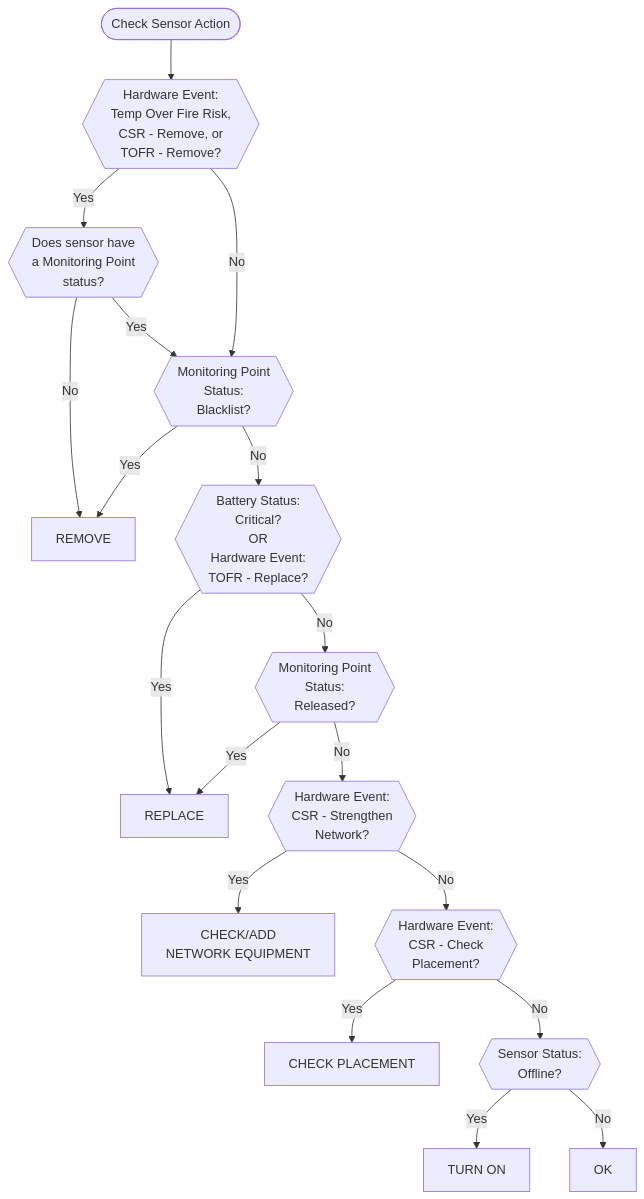
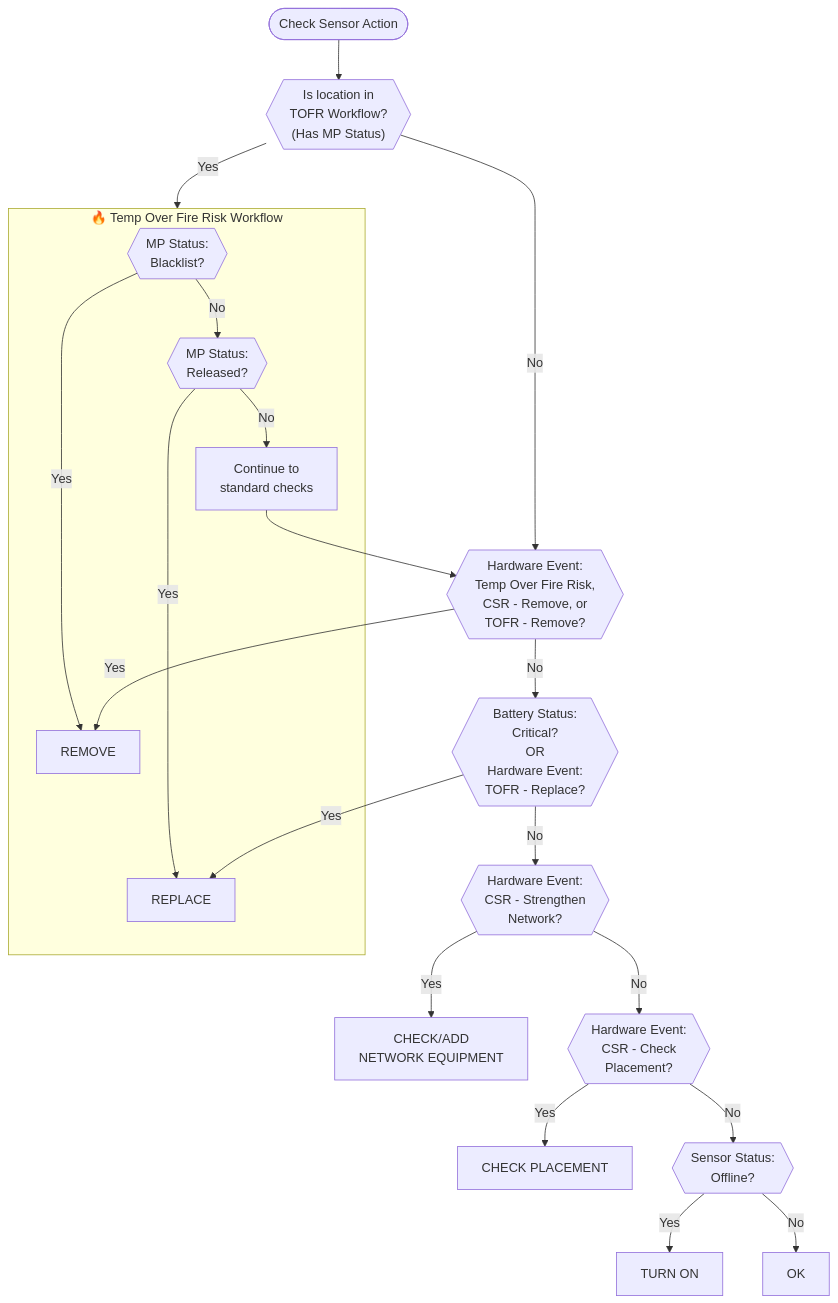
One commit to aw-jwalker/thoughts changed the fourth of 4 diagrams in repos/fullstack.assetwatch/shared/research/2026-02-03-action-column-flowcharts.md. Above: the diagram before and after it, drawn with Mermaid. The commit also changed other lines of this file and 1 other file, not shown here.

Commit message:
Auto-sync: Clarify cloudwatch-logs skill self-improvement instructions
Make it explicit that improvements should create NEW FILES in subdirectories
(examples/, templates/, mappings/, scripts/, docs/), NOT modify SKILL.md itself.

Changes:
- Add prominent "DO NOT MODIFY SKILL.md" warning at top of improvement section
- Clarify each subsection with explicit file paths to create
- Add concrete example showing exactly which files to create
- Emphasize using Write tool for new files, not Edit tool on SKILL.md

This fixes the issue where Claude Code tried to add a new section to SKILL.md
instead of creating example files in the examples/ subdirectory.

Based on user feedback from first real-world usage of the self-improving skill
pattern.

````diff
--- a/repos/fullstack.assetwatch/shared/research/2026-02-03-action-column-flowcharts.md
+++ b/repos/fullstack.assetwatch/shared/research/2026-02-03-action-column-flowcharts.md
@@ -102,31 +102,38 @@
 ```mermaid
 flowchart TD
     START(["Check Sensor Action"])
 
-    START --> CHECK_FIRE{{"Hardware Event:<br/>Temp Over Fire Risk,<br/>CSR - Remove, or<br/>TOFR - Remove?"}}
+    START --> CHECK_TOFR_WORKFLOW{{"Is location in<br/>TOFR Workflow?<br/>(Has MP Status)"}}
 
-    CHECK_FIRE -->|Yes| CHECK_MP_STATUS{{"Does sensor have<br/>a Monitoring Point<br/>status?"}}
-    CHECK_MP_STATUS -->|No| REMOVE["REMOVE"]
-    CHECK_MP_STATUS -->|Yes| CHECK_BLACKLIST
+    CHECK_TOFR_WORKFLOW -->|Yes| TOFR_WORKFLOW
+    CHECK_TOFR_WORKFLOW -->|No| CHECK_FIRE_EVENT
 
-    CHECK_FIRE -->|No| CHECK_BLACKLIST{{"Monitoring Point<br/>Status:<br/>Blacklist?"}}
-    CHECK_BLACKLIST -->|Yes| REMOVE
-    CHECK_BLACKLIST -->|No| CHECK_BATTERY
+    subgraph TOFR_WORKFLOW["🔥 Temp Over Fire Risk Workflow"]
+        CHECK_BLACKLIST{{"MP Status:<br/>Blacklist?"}}
+        CHECK_RELEASED{{"MP Status:<br/>Released?"}}
 
-    CHECK_BATTERY{{"Battery Status:<br/>Critical?<br/>OR<br/>Hardware Event:<br/>TOFR - Replace?"}}
-    CHECK_BATTERY -->|Yes| REPLACE["REPLACE"]
+        CHECK_BLACKLIST -->|Yes| REMOVE["REMOVE"]
+        CHECK_BLACKLIST -->|No| CHECK_RELEASED
+        CHECK_RELEASED -->|Yes| REPLACE["REPLACE"]
+        CHECK_RELEASED -->|No| CONTINUE["Continue to<br/>standard checks"]
+    end
 
-    CHECK_BATTERY -->|No| CHECK_RELEASED{{"Monitoring Point<br/>Status:<br/>Released?"}}
-    CHECK_RELEASED -->|Yes| REPLACE
+    CONTINUE --> CHECK_FIRE_EVENT
 
-    CHECK_RELEASED -->|No| CHECK_NETWORK_EVENT{{"Hardware Event:<br/>CSR - Strengthen<br/>Network?"}}
+    CHECK_FIRE_EVENT{{"Hardware Event:<br/>Temp Over Fire Risk,<br/>CSR - Remove, or<br/>TOFR - Remove?"}}
+    CHECK_FIRE_EVENT -->|Yes| REMOVE
+
+    CHECK_FIRE_EVENT -->|No| CHECK_BATTERY{{"Battery Status:<br/>Critical?<br/>OR<br/>Hardware Event:<br/>TOFR - Replace?"}}
+    CHECK_BATTERY -->|Yes| REPLACE
+
+    CHECK_BATTERY -->|No| CHECK_NETWORK_EVENT{{"Hardware Event:<br/>CSR - Strengthen<br/>Network?"}}
     CHECK_NETWORK_EVENT -->|Yes| NETWORK["CHECK/ADD<br/>NETWORK EQUIPMENT"]
 
     CHECK_NETWORK_EVENT -->|No| CHECK_PLACEMENT_EVENT{{"Hardware Event:<br/>CSR - Check<br/>Placement?"}}
     CHECK_PLACEMENT_EVENT -->|Yes| PLACEMENT["CHECK PLACEMENT"]
 
     CHECK_PLACEMENT_EVENT -->|No| CHECK_SENSOR_STATUS{{"Sensor Status:<br/>Offline?"}}
     CHECK_SENSOR_STATUS -->|Yes| TURNON["TURN ON"]
 
     CHECK_SENSOR_STATUS -->|No| OK["OK"]
 ```
````
